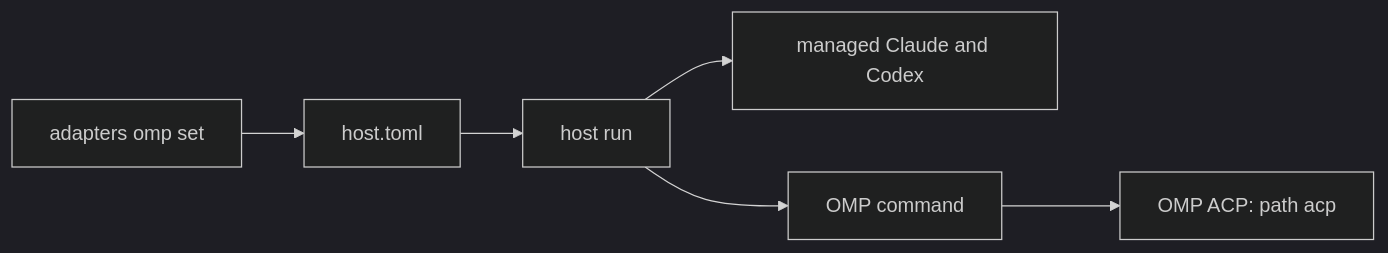
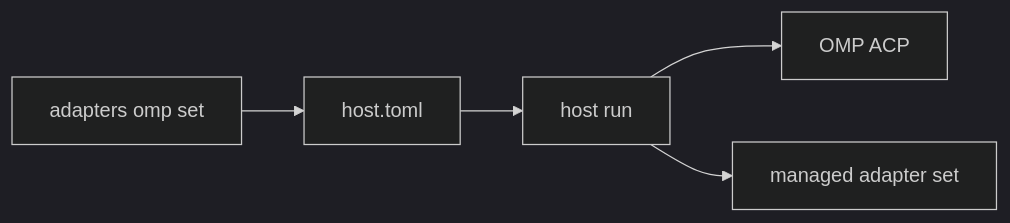
One commit to abankowski/hennery changed the diagram in docs/superpowers/specs/2026-10-23-omp-design.md. Above: the diagram before and after it, drawn with Mermaid (dark theme). The commit also changed other lines of this file, not shown here.

First line of the commit message:
docs: harden OMP adapter lifecycle

````diff
--- a/docs/superpowers/specs/2026-10-23-omp-design.md
+++ b/docs/superpowers/specs/2026-10-23-omp-design.md
@@ -72,8 +90,7 @@
 ```mermaid
 flowchart LR
   C[adapters omp set] --> T[host.toml]
   T --> R[host run]
-  R --> M[managed Claude and Codex]
-  R --> O[OMP command]
-  O --> A[OMP ACP: path acp]
+  R --> O[OMP ACP]
+  R --> M[managed adapter set]
 ```
````
